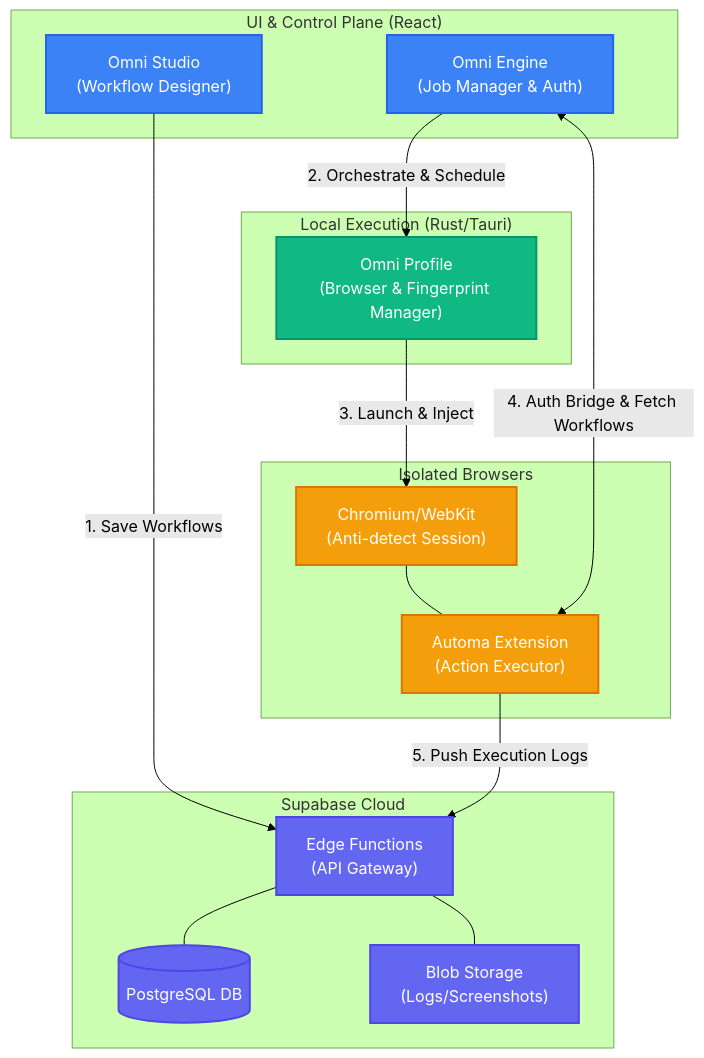
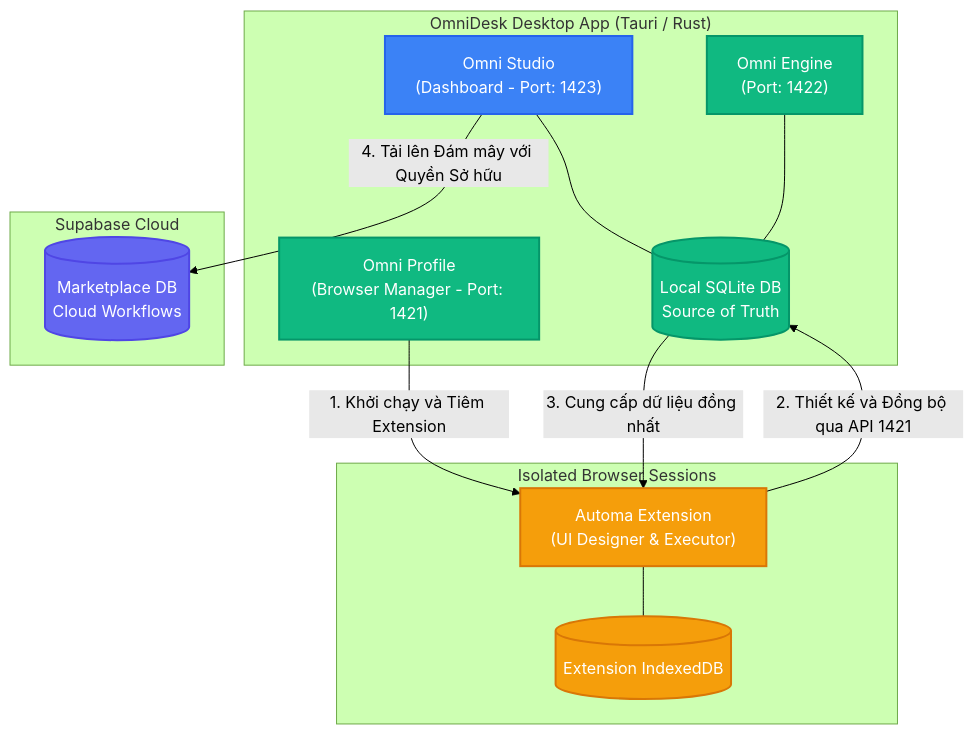
Before and after one commit to tuquet/omnidesk: the first of 2 diagrams in docs/presale_architecture.md, drawn with Mermaid (forest theme). The commit also changed other lines of this file and 3 other files, not shown here.

Commit message:
fix(profile): fix ts and rust compilation errors from sorting enhancement

````diff
--- a/docs/presale_architecture.md
+++ b/docs/presale_architecture.md
@@ -39,38 +57,33 @@
 ```mermaid
 graph TD
     %% Định nghĩa các Style
     classDef ui fill:#3b82f6,stroke:#2563eb,stroke-width:2px,color:#fff
     classDef backend fill:#10b981,stroke:#059669,stroke-width:2px,color:#fff
     classDef cloud fill:#6366f1,stroke:#4f46e5,stroke-width:2px,color:#fff
     classDef browser fill:#f59e0b,stroke:#d97706,stroke-width:2px,color:#fff
 
-    subgraph UserInterface["UI & Control Plane (React)"]
-        Studio["Omni Studio\n(Workflow Designer)"]:::ui
-        Engine["Omni Engine\n(Job Manager & Auth)"]:::ui
+    subgraph NativeCore["OmniDesk Desktop App (Tauri / Rust)"]
+        Engine["Omni Engine\n(Port: 1422)"]:::backend
+        Dashboard["Omni Studio\n(Dashboard - Port: 1423)"]:::ui
+        Profile["Omni Profile\n(Browser Manager - Port: 1421)"]:::backend
+        SQLite[(Local SQLite DB\nSource of Truth)]:::backend
     end
 
-    subgraph NativeCore["Local Execution (Rust/Tauri)"]
-        Profile["Omni Profile\n(Browser & Fingerprint Manager)"]:::backend
-    end
-
-    subgraph ExecutionEnvironment["Isolated Browsers"]
-        Chrome["Chromium/WebKit\n(Anti-detect Session)"]:::browser
-        Automa["Automa Extension\n(Action Executor)"]:::browser
-        Chrome --- Automa
+    subgraph ExecutionEnvironment["Isolated Browser Sessions"]
+        Automa["Automa Extension\n(UI Designer & Executor)"]:::browser
+        IndexedDB[(Extension IndexedDB)]:::browser
+        Automa --- IndexedDB
     end
 
     subgraph CloudServices["Supabase Cloud"]
-        DB[(PostgreSQL DB)]:::cloud
-        Storage["Blob Storage\n(Logs/Screenshots)"]:::cloud
-        Edge["Edge Functions\n(API Gateway)"]:::cloud
+        CloudDB[(Marketplace DB\nCloud Workflows)]:::cloud
     end
 
     %% Mối liên kết
-    Studio -->|1. Save Workflows| Edge
-    Engine -->|2. Orchestrate & Schedule| Profile
-    Profile -->|3. Launch & Inject| Chrome
-    Automa <-->|4. Auth Bridge & Fetch Workflows| Engine
-    Automa -->|5. Push Execution Logs| Edge
-    Edge --- DB
-    Edge --- Storage
+    Profile -->|1. Khởi chạy và Tiêm Extension| Automa
+    Automa -->|2. Thiết kế và Đồng bộ qua API 1421| SQLite
+    SQLite -->|3. Cung cấp dữ liệu đồng nhất| Automa
+    Dashboard --- SQLite
+    Engine --- SQLite
+    Dashboard -->|4. Tải lên Đám mây với Quyền Sở hữu| CloudDB
 ```
````
